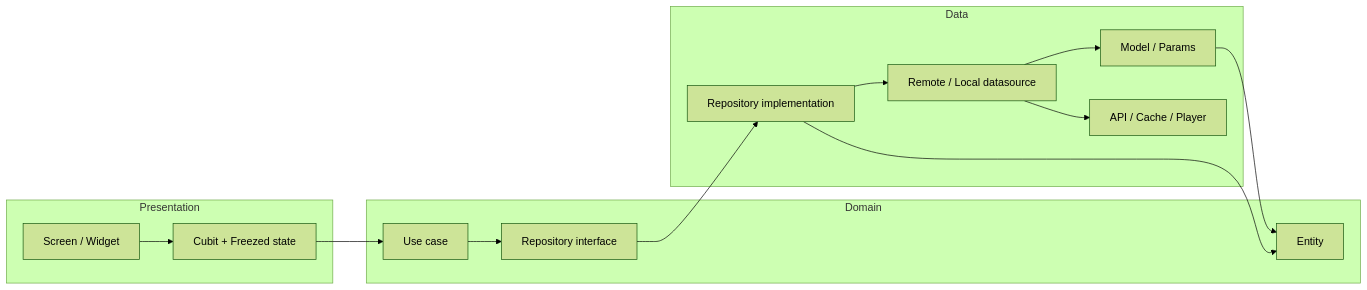
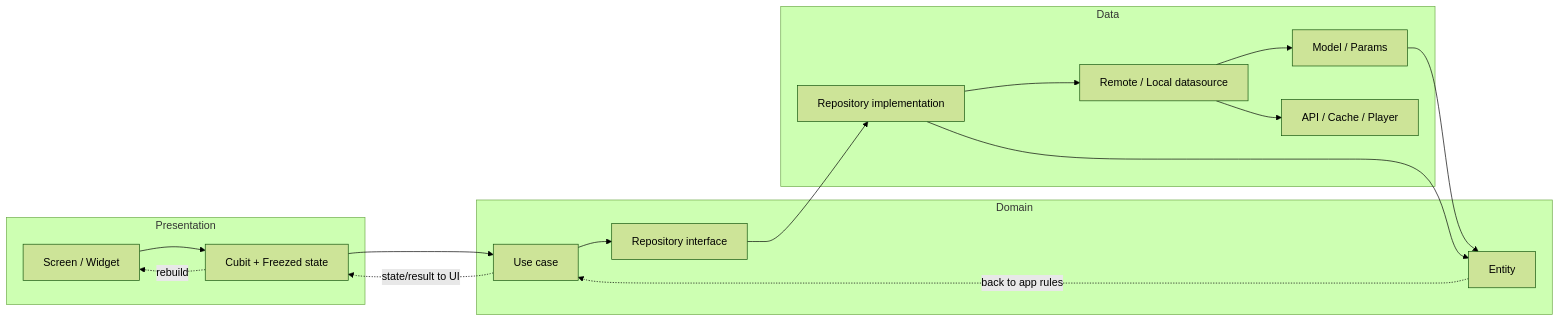
Before and after one commit to Ammourie/Sakeenah: the first of 5 diagrams in README.md, drawn with Mermaid (forest theme). The commit also changed other lines of this file, not shown here.

Commit message:
update README with additional flowchart connections for app rules and UI state management in both English and Arabic

````diff
--- a/README.md
+++ b/README.md
@@ -332,30 +332,33 @@
 ```mermaid
 flowchart LR
   subgraph presentationLayer [Presentation]
     Screen["Screen / Widget"]
     Cubit["Cubit + Freezed state"]
   end
 
   subgraph domainLayer [Domain]
     UseCase["Use case"]
     Entity["Entity"]
     RepositoryContract["Repository interface"]
   end
 
   subgraph dataLayer [Data]
     RepositoryImpl["Repository implementation"]
     DataSource["Remote / Local datasource"]
     Model["Model / Params"]
     External["API / Cache / Player"]
   end
 
   Screen --> Cubit
   Cubit --> UseCase
   UseCase --> RepositoryContract
   RepositoryContract --> RepositoryImpl
   RepositoryImpl --> DataSource
   DataSource --> External
   DataSource --> Model
   Model --> Entity
   RepositoryImpl --> Entity
+  Entity -. "back to app rules" .-> UseCase
+  UseCase -. "state/result to UI" .-> Cubit
+  Cubit -. "rebuild" .-> Screen
 ```
````
